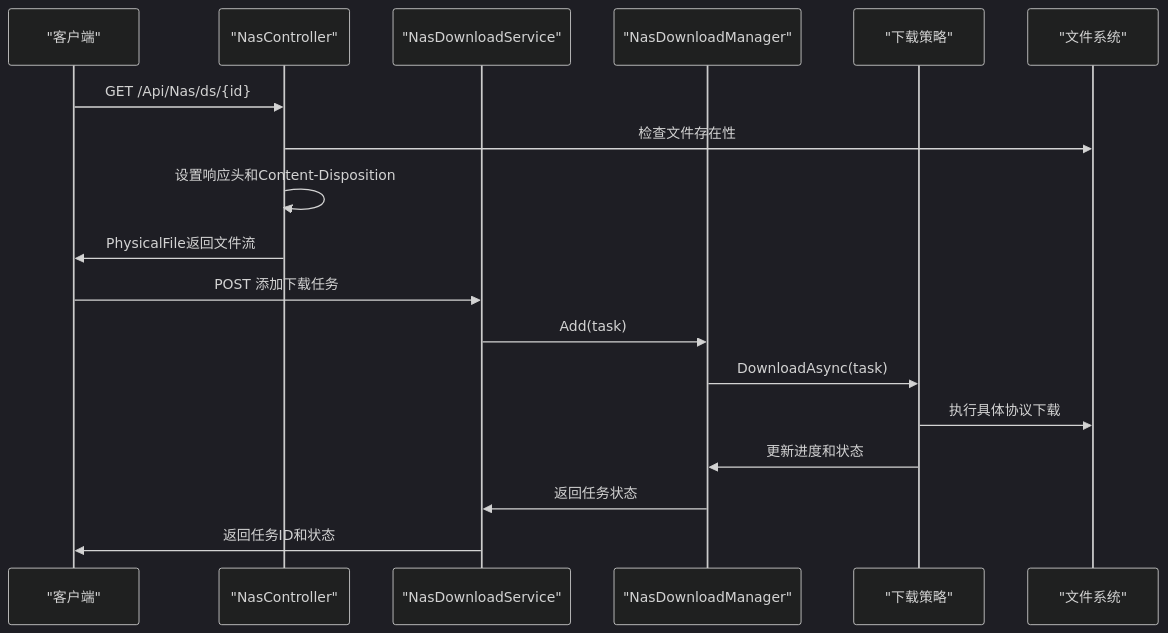
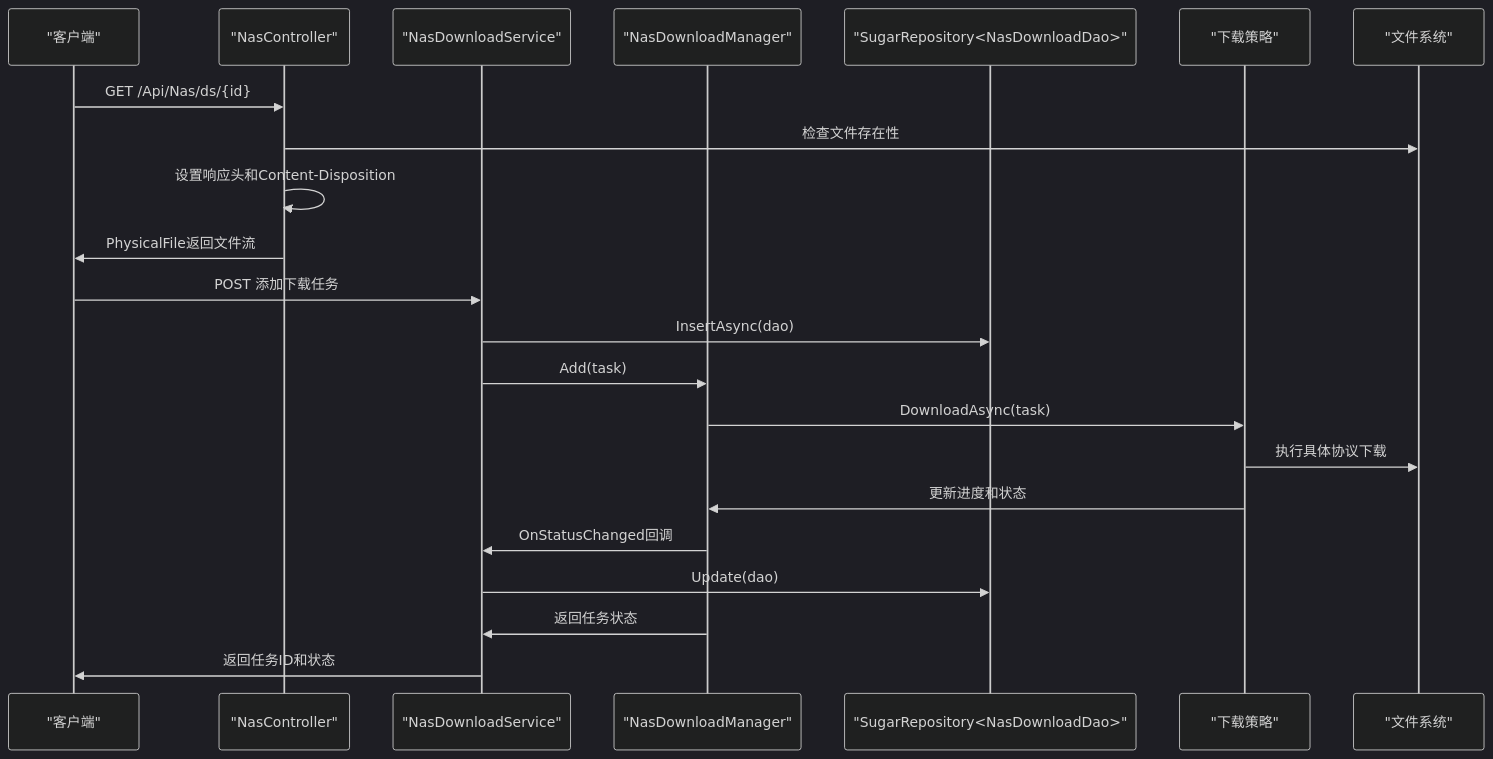
One commit to leadiot/Scm.Net changed the second of 10 diagrams in .qoder/repowiki/zh/content/文件管理系统/文件上传下载/文件下载.md. Above: the diagram before and after it, drawn with Mermaid (dark theme). The commit also changed other lines of this file and 10 other files, not shown here.

````diff
--- a/.qoder/repowiki/zh/content/文件管理系统/文件上传下载/文件下载.md
+++ b/.qoder/repowiki/zh/content/文件管理系统/文件上传下载/文件下载.md
@@ -145,20 +159,24 @@
 ```mermaid
 sequenceDiagram
 participant Client as "客户端"
 participant Controller as "NasController"
 participant Service as "NasDownloadService"
 participant Manager as "NasDownloadManager"
+participant Repository as "SugarRepository<NasDownloadDao>"
 participant Strategy as "下载策略"
 participant FileSystem as "文件系统"
 Client->>Controller : GET /Api/Nas/ds/{id}
 Controller->>FileSystem : 检查文件存在性
 Controller->>Controller : 设置响应头和Content-Disposition
 Controller->>Client : PhysicalFile返回文件流
 Client->>Service : POST 添加下载任务
+Service->>Repository : InsertAsync(dao)
 Service->>Manager : Add(task)
 Manager->>Strategy : DownloadAsync(task)
 Strategy->>FileSystem : 执行具体协议下载
 Strategy->>Manager : 更新进度和状态
+Manager->>Service : OnStatusChanged回调
+Service->>Repository : Update(dao)
 Manager->>Service : 返回任务状态
 Service->>Client : 返回任务ID和状态
 ```
````
